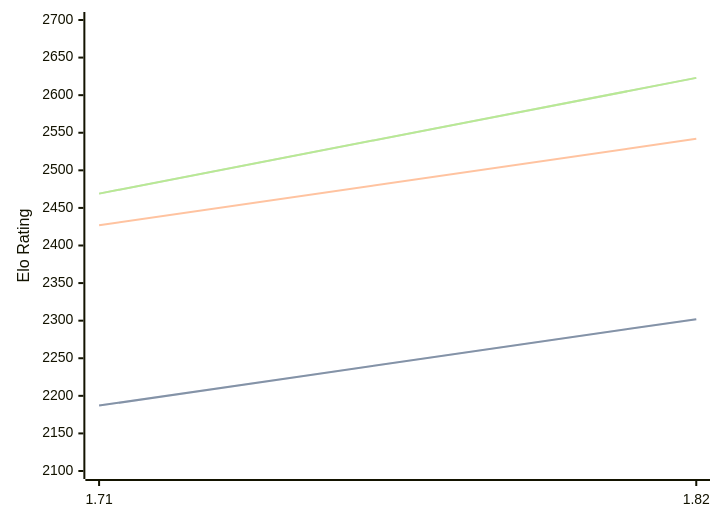
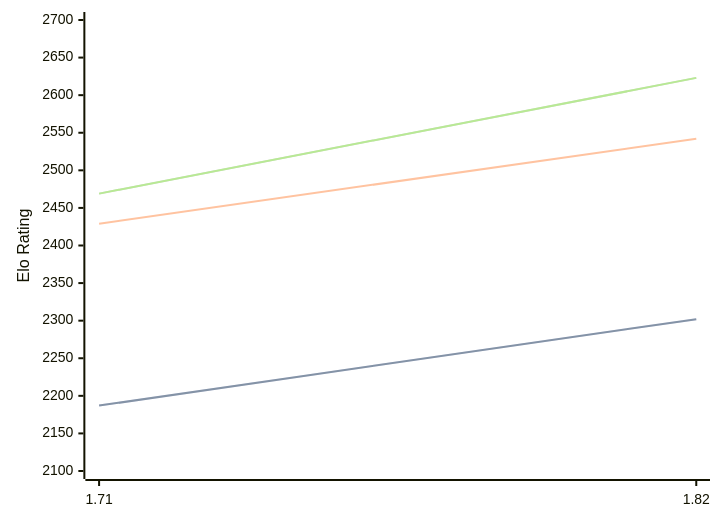
The diagram in engines/Amira.md (computer-chess-index/cci), drawn with Mermaid before and after one commit. The commit also changed other lines of this file, not shown here.

````diff
--- a/engines/Amira.md
+++ b/engines/Amira.md
@@ -32,11 +32,11 @@
 ```mermaid
 %%{init: {"theme":"base","themeVariables":{"seriesColors:['#a3a3a3','#222221','#faa371']}}}%%
 xychart-beta
   x-axis ["1.71", "1.82"]
   y-axis "Elo Rating" 2100 --> 2700
   line "" [2187, 2302]
   line "STC (8.0+0.08s)" [2187, 2302]
-  line "LTC (60.0+0.60s)" [2427, 2542]
+  line "LTC (60.0+0.60s)" [2429, 2542]
   line "" [2469, 2623]
   line "VLTC (2m24s+1.12s)" [2469, 2623]
 ```
````
